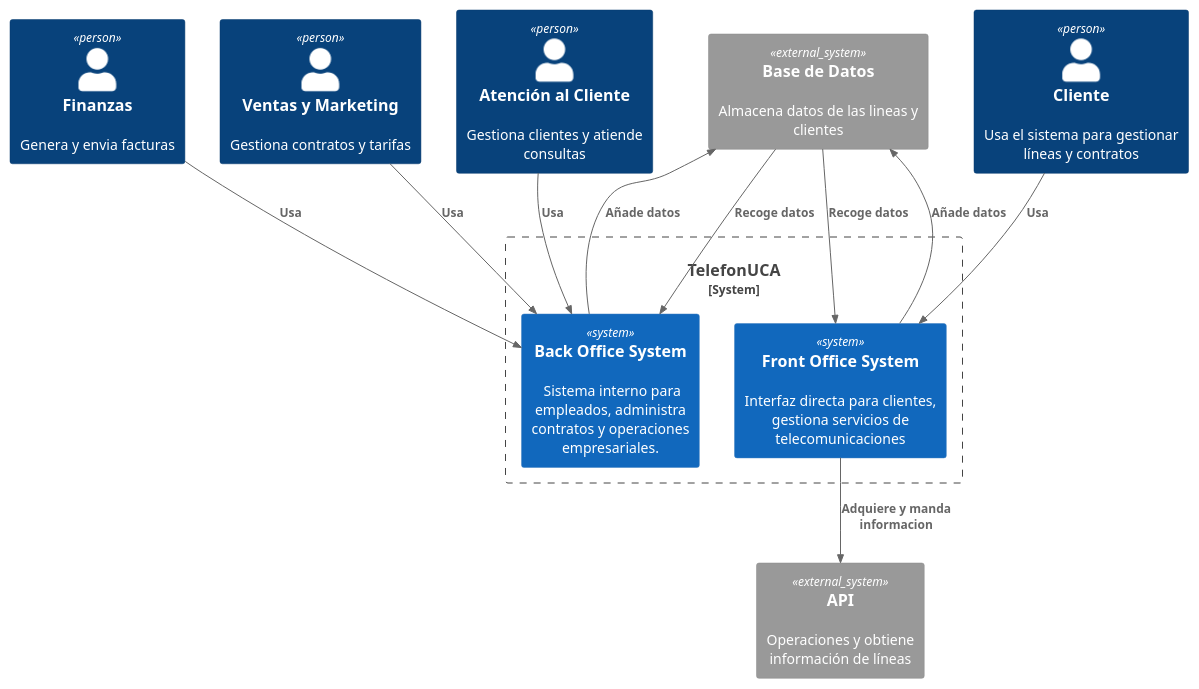
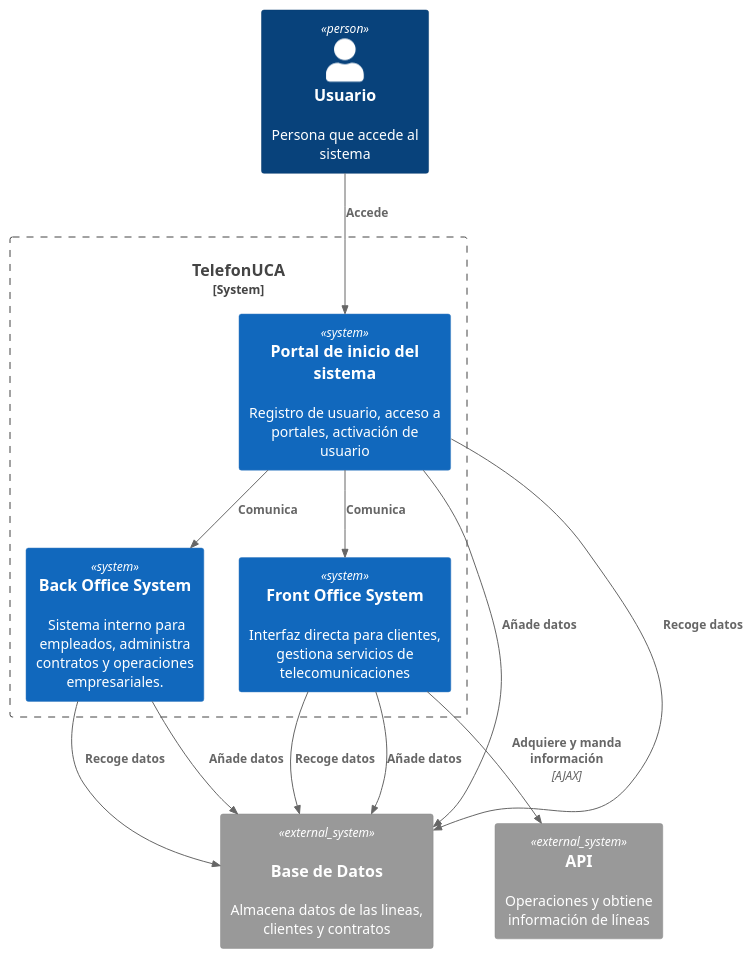
The diagram in docs/diagrams/ContextDiagram.puml (davidbp10/iw2023-2024-MovilUCA), drawn with PlantUML before and after one commit. The commit also changed 8 other files, not shown here.

```diff
--- a/docs/diagrams/ContextDiagram.puml
+++ b/docs/diagrams/ContextDiagram.puml
@@ -1,32 +1,28 @@
-@startuml
+@startuml Context Diagram
 !include https://raw.githubusercontent.com/plantuml-stdlib/C4-PlantUML/master/C4_Context.puml
 
-Person(cliente, "Cliente", "Usa el sistema para gestionar líneas y contratos")
-
-
+Person(usu,"Usuario","Persona que accede al sistema")
 
 System_Boundary(t, "TelefonUCA") {
+    System(web,"Portal de inicio del sistema", "Registro de usuario, acceso a portales, activación de usuario")
     System(frontOffice, "Front Office System","Interfaz directa para clientes, gestiona servicios de telecomunicaciones")
     System(backOffice, "Back Office System"," Sistema interno para empleados, administra contratos y operaciones empresariales.")
 }
 
-
-Person(ventas, "Ventas y Marketing", "Gestiona contratos y tarifas")
-Person(atencioncliente, "Atención al Cliente", "Gestiona clientes y atiende consultas")
-Person(f, "Finanzas", "Genera y envia facturas ")
-
-System_Ext(bd, "Base de Datos", "Almacena datos de las lineas y clientes")
+System_Ext(bd, "Base de Datos","Almacena datos de las lineas, clientes y contratos", "MySQL")
 System_Ext(api, "API", "Operaciones y obtiene información de líneas")
 
-Rel(cliente, frontOffice, "Usa")
-Rel(ventas,backOffice,"Usa")
-Rel(atencioncliente,backOffice,"Usa")
-Rel(f,backOffice,"Usa")
+Rel(usu,web,"Accede")
+Rel(web, frontOffice, "Comunica")
+Rel(web,backOffice,"Comunica")
 
 
-Rel(frontOffice, api, "Adquiere y manda informacion")
+Rel(frontOffice, api,"Adquiere y manda información" ,"AJAX")
+
 Rel(frontOffice, bd, "Añade datos")
-Rel(bd, frontOffice, "Recoge datos")
+Rel(frontOffice, bd, "Recoge datos")
 Rel(backOffice, bd, "Añade datos")
-Rel(bd, backOffice, "Recoge datos")
+Rel(backOffice, bd, "Recoge datos")
+Rel(web, bd, "Añade datos")
+Rel(web, bd, "Recoge datos")
 @enduml
```
